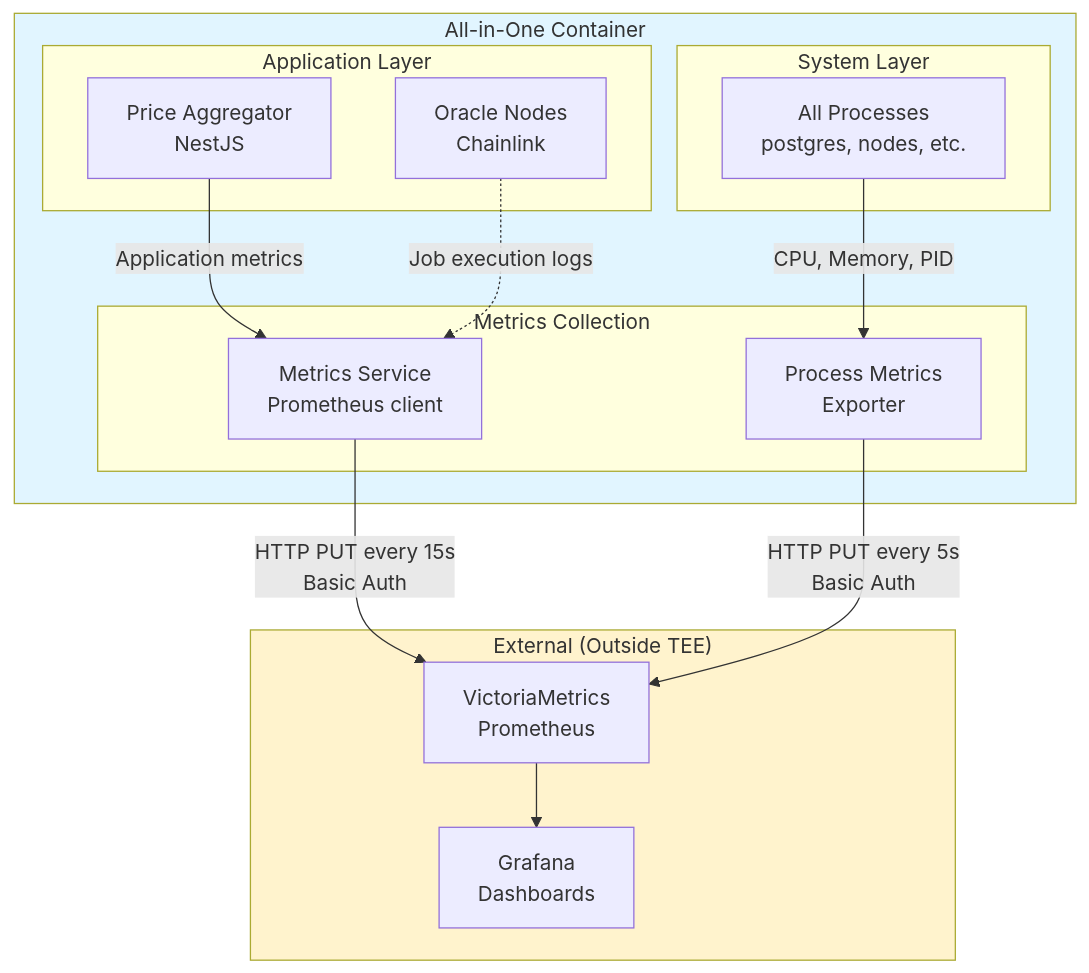
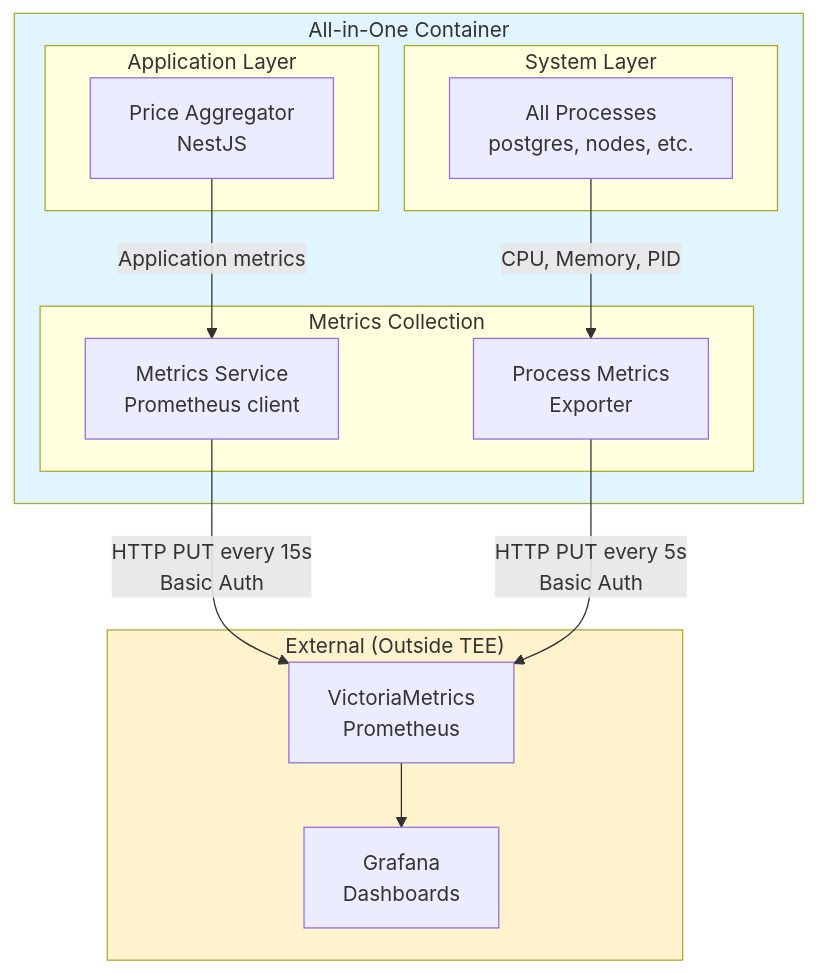
One commit to Super-Protocol/chainlink changed the diagram in docs/charts/09-metrics-flow.mmd. Above: the diagram before and after it, drawn with Mermaid. The commit also changed 11 other files, not shown here.

```diff
--- a/docs/charts/09-metrics-flow.mmd
+++ b/docs/charts/09-metrics-flow.mmd
@@ -1,34 +1,32 @@
 graph TD
-    subgraph Container["All-in-One Container"]
-        subgraph Apps["Application Layer"]
-            PA[Price Aggregator<br/>NestJS]
-            ON[Oracle Nodes<br/>Chainlink]
-        end
-
-        subgraph System["System Layer"]
-            PROC[All Processes<br/>postgres, nodes, etc.]
-        end
-
-        subgraph Metrics["Metrics Collection"]
-            PAM[Metrics Service<br/>Prometheus client]
-            PME[Process Metrics<br/>Exporter]
-        end
+  subgraph Container["All-in-One Container"]
+    subgraph Apps["Application Layer"]
+      PA[Price Aggregator<br/>NestJS]
     end
 
-    subgraph External["External (Outside TEE)"]
-        PROM[VictoriaMetrics<br/>Prometheus]
-        DASH[Grafana<br/>Dashboards]
+    subgraph System["System Layer"]
+      PROC[All Processes<br/>postgres, nodes, etc.]
     end
 
-    PA -->|Application metrics| PAM
-    ON -.->|Job execution logs| PAM
+    subgraph Metrics["Metrics Collection"]
+      PAM[Metrics Service<br/>Prometheus client]
+      PME[Process Metrics<br/>Exporter]
+    end
+  end
 
-    PROC -->|CPU, Memory, PID| PME
+  subgraph External["External (Outside TEE)"]
+    PROM[VictoriaMetrics<br/>Prometheus]
+    DASH[Grafana<br/>Dashboards]
+  end
 
-    PAM -->|HTTP PUT every 15s<br/>Basic Auth| PROM
-    PME -->|HTTP PUT every 5s<br/>Basic Auth| PROM
+  PA -->|Application metrics| PAM
 
-    PROM --> DASH
+  PROC -->|CPU, Memory, PID| PME
 
-    style Container fill:#e1f5ff
-    style External fill:#fff3cd
+  PAM -->|HTTP PUT every 15s<br/>Basic Auth| PROM
+  PME -->|HTTP PUT every 5s<br/>Basic Auth| PROM
+
+  PROM --> DASH
+
+  style Container fill:#e1f5ff
+  style External fill:#fff3cd
```
